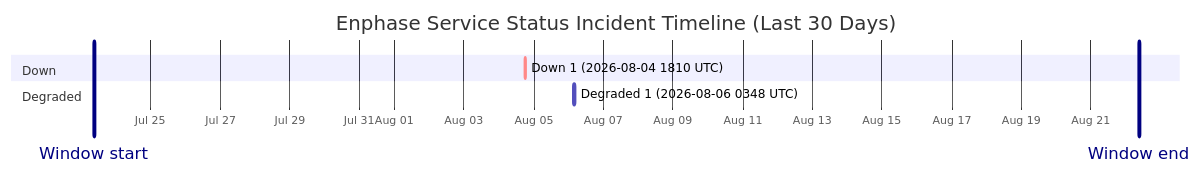
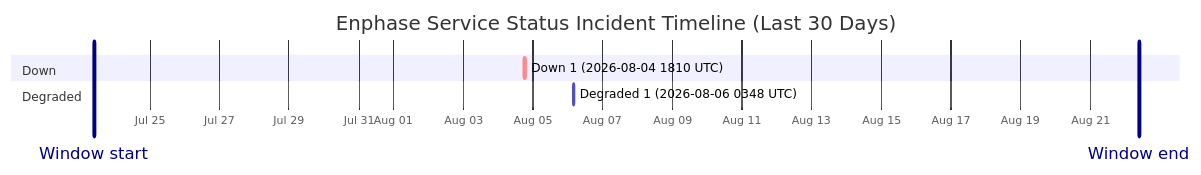
One commit to barneyonline/ha-enphase-energy changed the diagram in wiki/Service-Status-History.md. Above: the diagram before and after it, drawn with Mermaid. The commit also changed other lines of this file and 3 other files, not shown here.

````diff
--- a/wiki/Service-Status-History.md
+++ b/wiki/Service-Status-History.md
@@ -14,12 +14,12 @@
 ```mermaid
 gantt
     title Enphase Service Status Incident Timeline (Last 30 Days)
     dateFormat  YYYY-MM-DDTHH:mm:ss
     axisFormat  %b %d
-    Window start :vert, window-start, 2026-07-23T08:59:23, 0ms
-    Window end :vert, window-end, 2026-08-22T08:59:23, 0ms
+    Window start :vert, window-start, 2026-07-23T09:34:32, 0ms
+    Window end :vert, window-end, 2026-08-22T09:34:32, 0ms
     section Down
     Down 1 (2026-08-04 1810 UTC) :crit, down-1, 2026-08-04T18:10:46, 60m
     section Degraded
     Degraded 1 (2026-08-06 0348 UTC) :active, degraded-1, 2026-08-06T03:48:14, 60m
 ```
````
